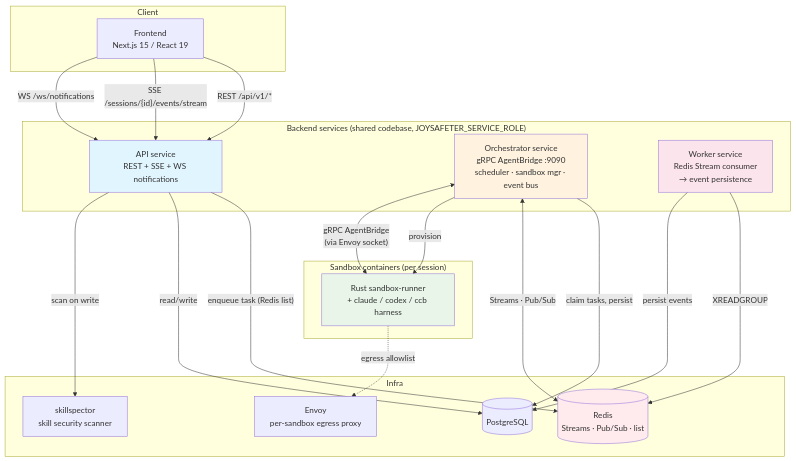
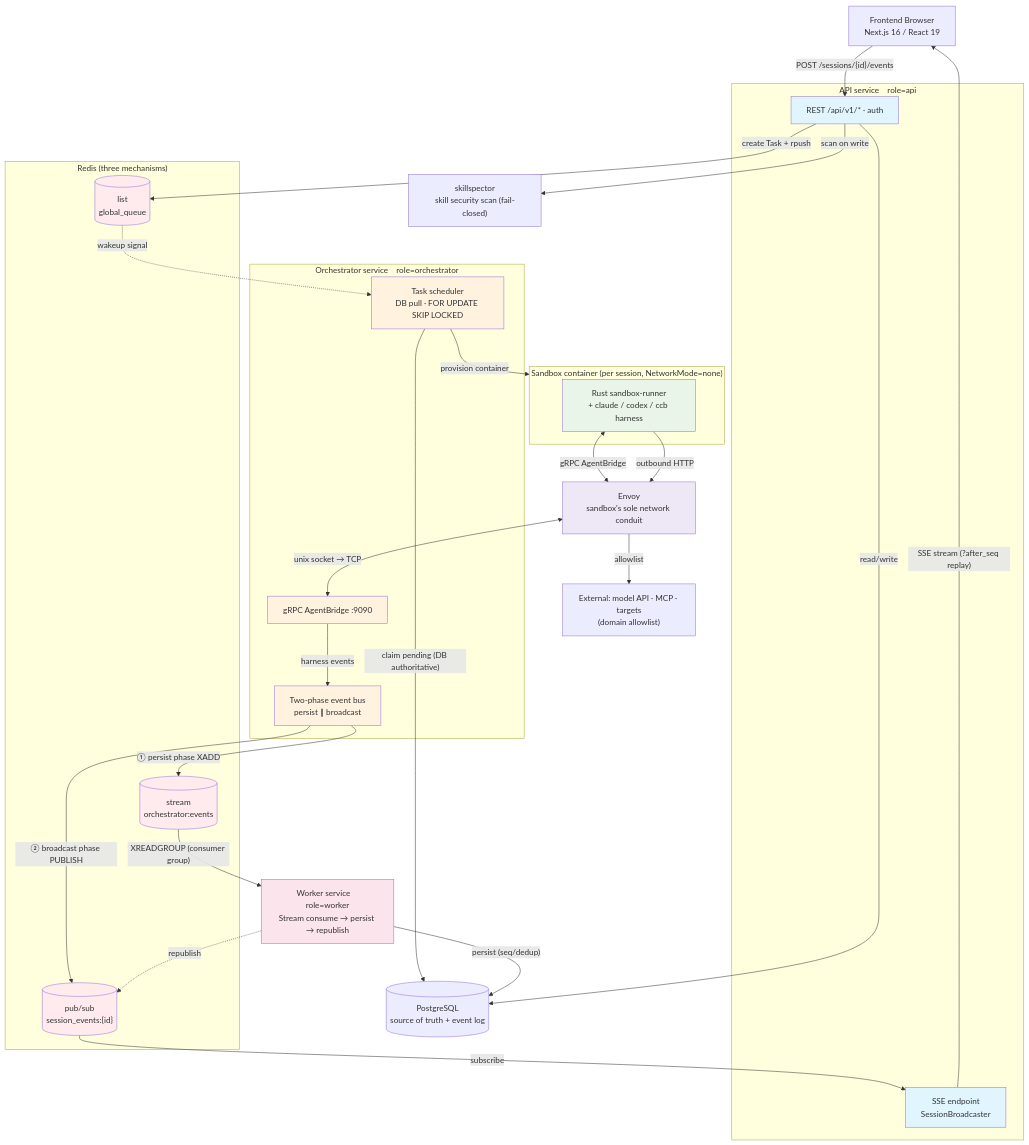
Before and after one commit to jd-opensource/JoySafeter: the first of 2 diagrams in docs/ARCHITECTURE.md, drawn with Mermaid. The commit also changed 5 other files, not shown here.

First line of the commit message:
Update README and architecture documentation for JoySafeter

````diff
--- a/docs/ARCHITECTURE.md
+++ b/docs/ARCHITECTURE.md
@@ -29,45 +29,70 @@
 ```mermaid
 flowchart TB
-    subgraph Client
-        FE["Frontend<br/>Next.js 15 / React 19"]
+    FE["Frontend Browser<br/>Next.js 16 / React 19"]
+
+    subgraph API_S["API service　role=api"]
+        API["REST /api/v1/* · auth"]
+        BC["SSE endpoint<br/>SessionBroadcaster"]
     end
 
-    subgraph Services["Backend services (shared codebase, JOYSAFETER_SERVICE_ROLE)"]
-        API["API service<br/>REST + SSE + WS notifications"]
-        ORCH["Orchestrator service<br/>gRPC AgentBridge :9090<br/>scheduler · sandbox mgr · event bus"]
-        WORKER["Worker service<br/>Redis Stream consumer<br/>→ event persistence"]
+    subgraph ORCH_S["Orchestrator service　role=orchestrator"]
+        SCHED["Task scheduler<br/>DB pull · FOR UPDATE SKIP LOCKED"]
+        GRPC["gRPC AgentBridge :9090"]
+        BUS["Two-phase event bus<br/>persist ∥ broadcast"]
     end
 
-    subgraph Infra
-        PG[("PostgreSQL")]
-        REDIS[("Redis<br/>Streams · Pub/Sub · list")]
-        ENVOY["Envoy<br/>per-sandbox egress proxy"]
-        SKILLSPECTOR["skillspector<br/>skill security scanner"]
+    WK["Worker service　role=worker<br/>Stream consume → persist → republish"]
+
+    subgraph REDIS["Redis (three mechanisms)"]
+        RLIST[("list<br/>global_queue")]
+        RSTREAM[("stream<br/>orchestrator:events")]
+        RPUB[("pub/sub<br/>session_events:{id}")]
     end
+    PG[("PostgreSQL<br/>source of truth + event log")]
+    SKILLSPECTOR["skillspector<br/>skill security scan (fail-closed)"]
 
-    subgraph Sandboxes["Sandbox containers (per session)"]
-        RUNNER["Rust sandbox-runner<br/>+ claude / codex / ccb harness"]
+    subgraph SBX["Sandbox container (per session, NetworkMode=none)"]
+        RUN["Rust sandbox-runner<br/>+ claude / codex / ccb harness"]
     end
+    ENVOY["Envoy<br/>sandbox's sole network conduit"]
+    EXT["External: model API · MCP · targets<br/>(domain allowlist)"]
 
-    FE -->|"REST /api/v1/*"| API
-    FE -->|"SSE /sessions/{id}/events/stream"| API
-    FE -->|"WS /ws/notifications"| API
+    %% submit & schedule
+    FE -->|"POST /sessions/{id}/events"| API
+    API -->|"create Task + rpush"| RLIST
+    API -->|"read/write"| PG
+    API -->|"scan on write"| SKILLSPECTOR
+    RLIST -.->|"wakeup signal"| SCHED
+    SCHED -->|"claim pending (DB authoritative)"| PG
+    SCHED -->|"provision container"| SBX
 
-    API -->|"enqueue task (Redis list)"| REDIS
-    API -->|"read/write"| PG
-    ORCH -->|"claim tasks, persist"| PG
-    ORCH <-->|"Streams · Pub/Sub"| REDIS
-    WORKER -->|"XREADGROUP"| REDIS
-    WORKER -->|"persist events"| PG
+    %% all sandbox traffic goes through Envoy
+    RUN <-->|"gRPC AgentBridge"| ENVOY
+    ENVOY <-->|"unix socket → TCP"| GRPC
+    RUN -->|"outbound HTTP"| ENVOY
+    ENVOY -->|"allowlist"| EXT
 
-    ORCH -->|"provision"| RUNNER
-    RUNNER <-->|"gRPC AgentBridge<br/>(via Envoy socket)"| ORCH
-    RUNNER -.->|"egress allowlist"| ENVOY
-    API -->|"scan on write"| SKILLSPECTOR
+    %% two-phase event bus
+    GRPC -->|"harness events"| BUS
+    BUS -->|"① persist phase XADD"| RSTREAM
+    BUS -->|"② broadcast phase PUBLISH"| RPUB
+    RSTREAM -->|"XREADGROUP (consumer group)"| WK
+    WK -->|"persist (seq/dedup)"| PG
+    WK -.->|"republish"| RPUB
+
+    %% SSE return path to the browser
+    RPUB -->|"subscribe"| BC
+    BC -->|"SSE stream (?after_seq replay)"| FE
 
     style API fill:#e1f5ff
-    style ORCH fill:#fff3e0
-    style WORKER fill:#fce4ec
-    style REDIS fill:#ffebee
-    style RUNNER fill:#e8f5e8
+    style BC fill:#e1f5ff
+    style SCHED fill:#fff3e0
+    style GRPC fill:#fff3e0
+    style BUS fill:#fff3e0
+    style WK fill:#fce4ec
+    style RLIST fill:#ffebee
+    style RSTREAM fill:#ffebee
+    style RPUB fill:#ffebee
+    style RUN fill:#e8f5e8
+    style ENVOY fill:#ede7f6
 ```
````
